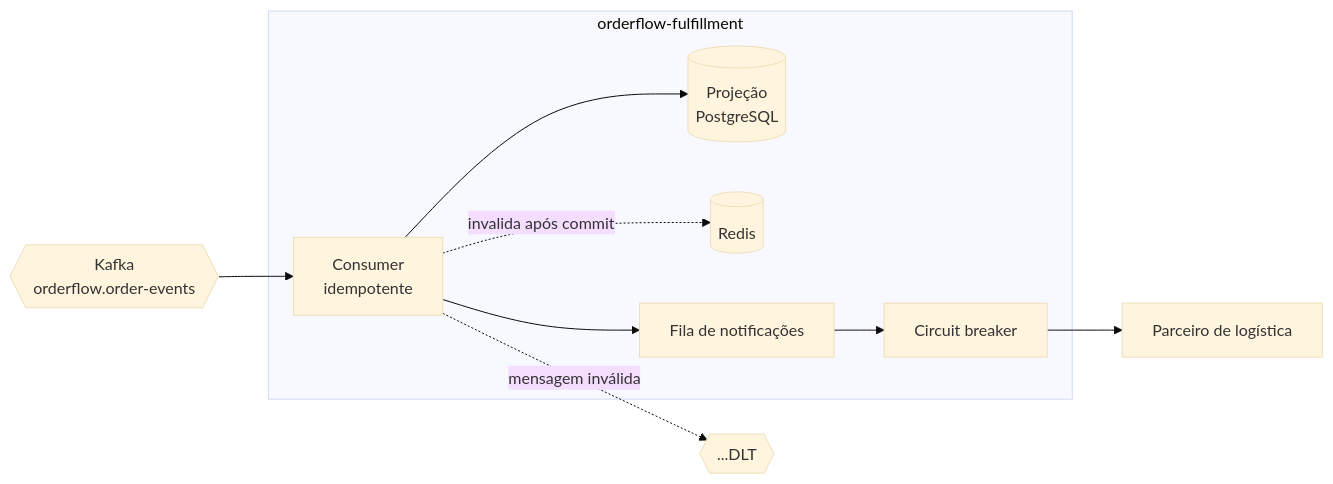
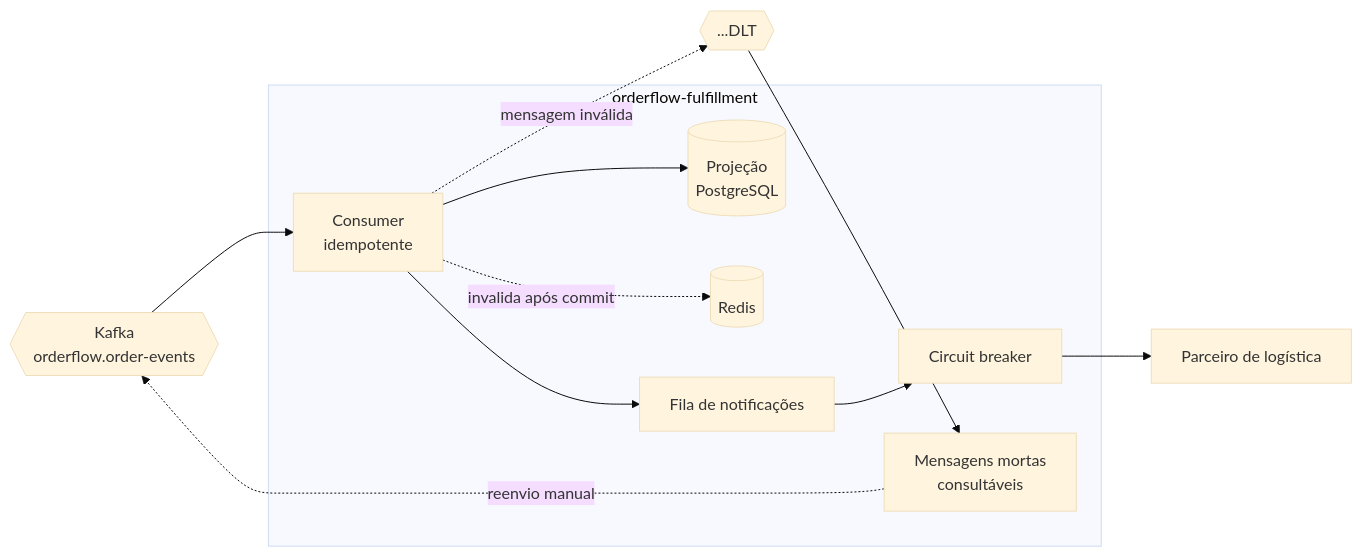
The diagram in README.md (BrunoBergamin/orderflow-fulfillment), drawn with Mermaid (base theme) before and after one commit. The commit also changed other lines of this file and 20 other files, not shown here.

First line of the commit message:
feat(dlq): torna as mensagens mortas consultaveis e reprocessaveis

````diff
--- a/README.md
+++ b/README.md
@@ -104,21 +122,24 @@
 ```mermaid
 flowchart LR
     K{{"Kafka<br/>orderflow.order-events"}}
     DLQ{{"...DLT"}}
 
     subgraph consumidor["orderflow-fulfillment"]
         C["Consumer<br/>idempotente"]
         PROJ[("Projeção<br/>PostgreSQL")]
         CACHE[("Redis")]
         FILA["Fila de notificações"]
         CB["Circuit breaker"]
+        MORTAS["Mensagens mortas<br/>consultáveis"]
     end
 
     PARC["Parceiro de logística"]
 
     K --> C
     C -.mensagem inválida.-> DLQ
+    DLQ --> MORTAS
+    MORTAS -.reenvio manual.-> K
     C --> PROJ
     C -.invalida após commit.-> CACHE
     C --> FILA --> CB --> PARC
 ```
````
